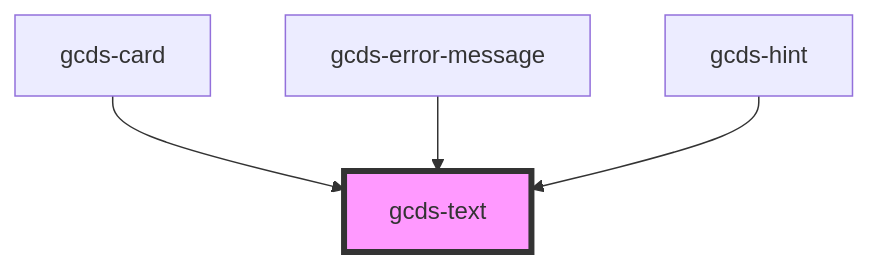
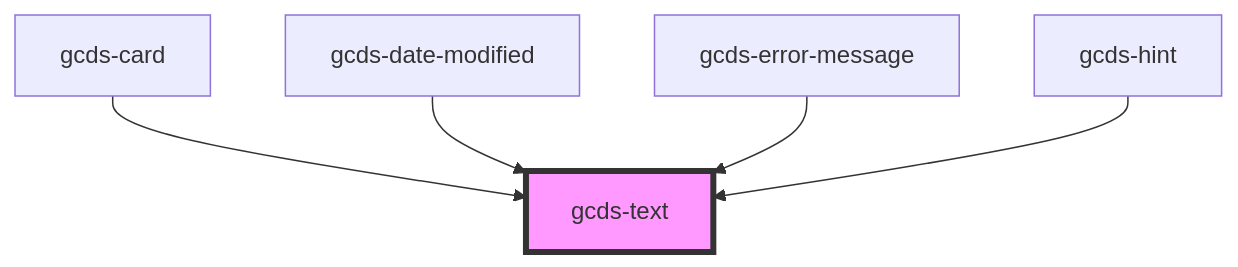
The diagram in packages/web/src/components/gcds-text/readme.md (cds-snc/gcds-components), drawn with Mermaid before and after one commit. The commit also changed other lines of this file and 4 other files, not shown here.

Commit message:
refactor: integrate gcds-text into gcds-date-modified

````diff
--- a/packages/web/src/components/gcds-text/readme.md
+++ b/packages/web/src/components/gcds-text/readme.md
@@ -29,7 +30,8 @@
 ```mermaid
 graph TD;
   gcds-card --> gcds-text
+  gcds-date-modified --> gcds-text
   gcds-error-message --> gcds-text
   gcds-hint --> gcds-text
   style gcds-text fill:#f9f,stroke:#333,stroke-width:4px
 ```
````
